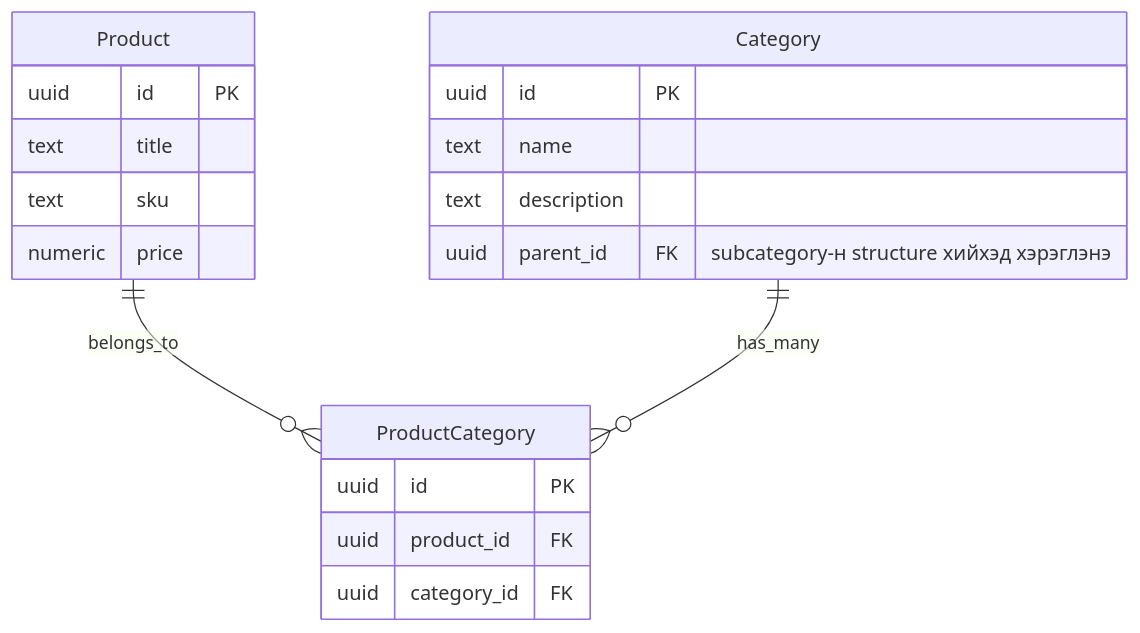
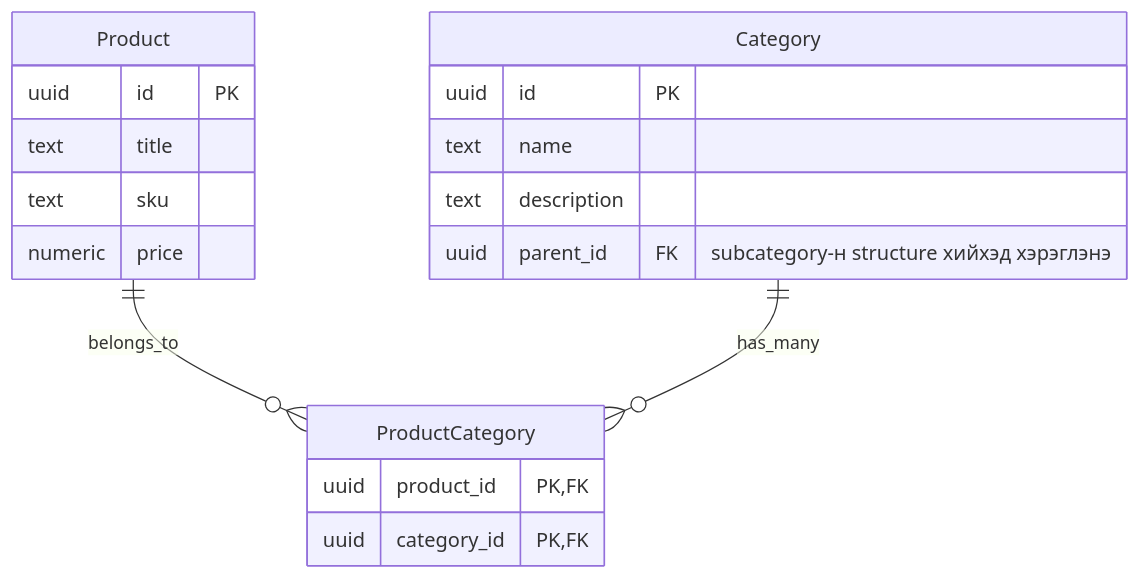
The diagram in doc/product/category.md (btulga/ecommerce), drawn with Mermaid before and after one commit. The commit also changed other lines of this file, not shown here.

Commit message:
docs: remove id from ProductCategory

````diff
--- a/doc/product/category.md
+++ b/doc/product/category.md
@@ -6,25 +6,24 @@
 ```mermaid
 erDiagram
     Product ||--o{ ProductCategory : belongs_to
     Category ||--o{ ProductCategory : has_many
     
     Product {
       uuid id PK
       text title
       text sku
       numeric price
     }
 
     Category {
       uuid id PK
       text name
       text description
       uuid parent_id FK "subcategory-н structure хийхэд хэрэглэнэ"
     }
 
     ProductCategory {
-      uuid id PK
-      uuid product_id FK
-      uuid category_id FK
+      uuid product_id PK, FK
+      uuid category_id PK, FK
     }
 ```
````
